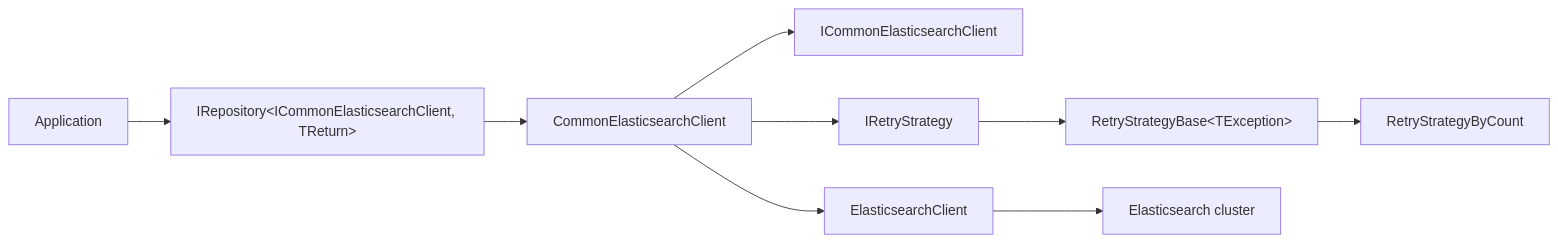
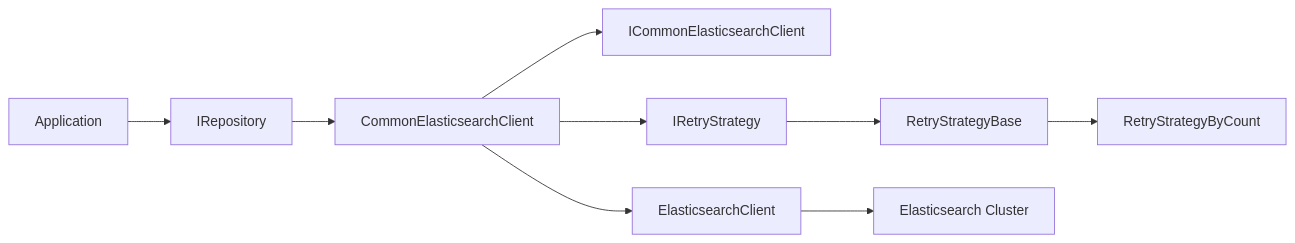
One commit to stoberman37/MnM.Common.Data changed the fourth of 4 diagrams in architecture.md. Above: the diagram before and after it, drawn with Mermaid. The commit also changed other lines of this file, not shown here.

Commit message:
Also fix sql diagram as well

````diff
--- a/architecture.md
+++ b/architecture.md
@@ -140,14 +125,14 @@
 ```mermaid
 flowchart LR
-  App[Application] --> Repo[IRepository&lt;ICommonElasticsearchClient, TReturn&gt;]
+  App[Application] --> Repo[IRepository]
   Repo --> EsClient[CommonElasticsearchClient]
 
   EsClient --> EsInterface[ICommonElasticsearchClient]
   EsClient --> EsNet[ElasticsearchClient]
 
   EsClient --> Retry[IRetryStrategy]
-  Retry --> RetryBase[RetryStrategyBase&lt;TException&gt;]
+  Retry --> RetryBase[RetryStrategyBase]
   RetryBase --> RetryCount[RetryStrategyByCount]
 
-  EsNet --> Cluster[Elasticsearch cluster]
+  EsNet --> Cluster[Elasticsearch Cluster]
 ```
````
